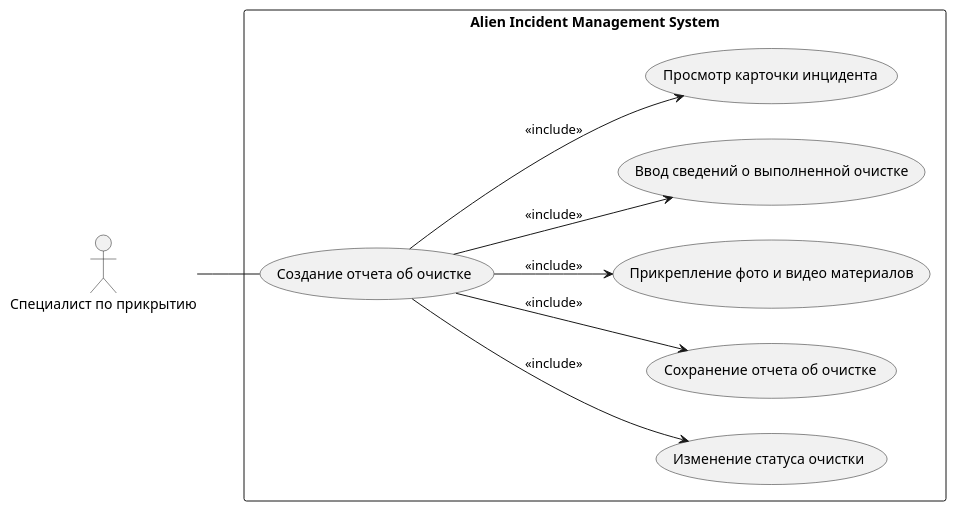
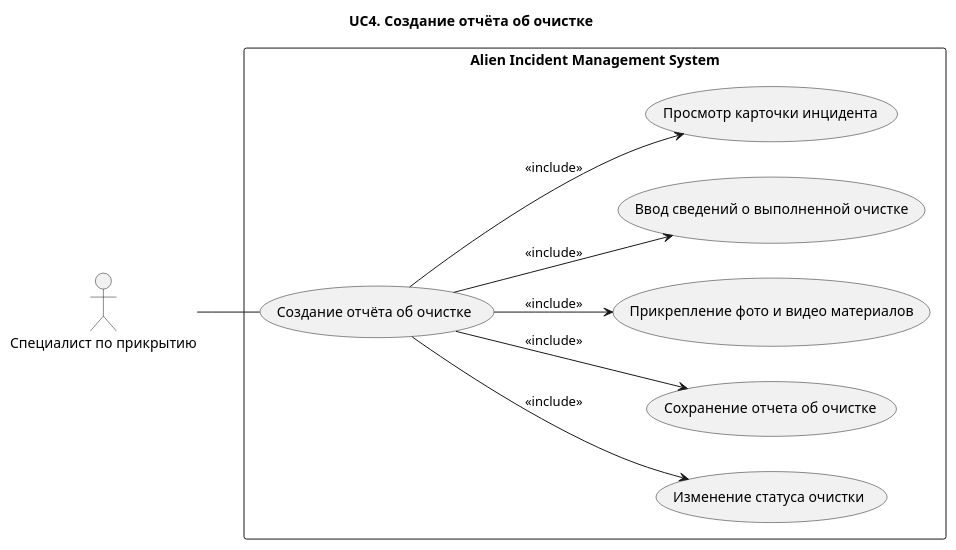
Before and after one commit to Andryss/AIMS: the first of 3 diagrams in docs/use-case/UC4.md, drawn with PlantUML. The commit also changed other lines of this file and 3 other files, not shown here.

````diff
--- a/docs/use-case/UC4.md
+++ b/docs/use-case/UC4.md
@@ -5,28 +5,29 @@
 ```plantuml
 @startuml
+title UC4. Создание отчёта об очистке
 left to right direction
 
 actor "Специалист по прикрытию" as Cleaner
 
 rectangle "Alien Incident Management System" {
 
-(Создание отчета об очистке) as UC11
+(Создание отчёта об очистке) as UC11
 
 (Изменение статуса очистки) as UC115
 (Сохранение отчета об очистке) as UC114
 (Прикрепление фото и видео материалов) as UC113
 (Ввод сведений о выполненной очистке) as UC112
 (Просмотр карточки инцидента) as UC111
 
 }
 
 Cleaner -- UC11
 
 UC11 --> UC111 : <<include>>
 UC11 --> UC112 : <<include>>
 UC11 --> UC113 : <<include>>
 UC11 --> UC114 : <<include>>
 UC11 --> UC115 : <<include>>
 
 @enduml
 ```
````
